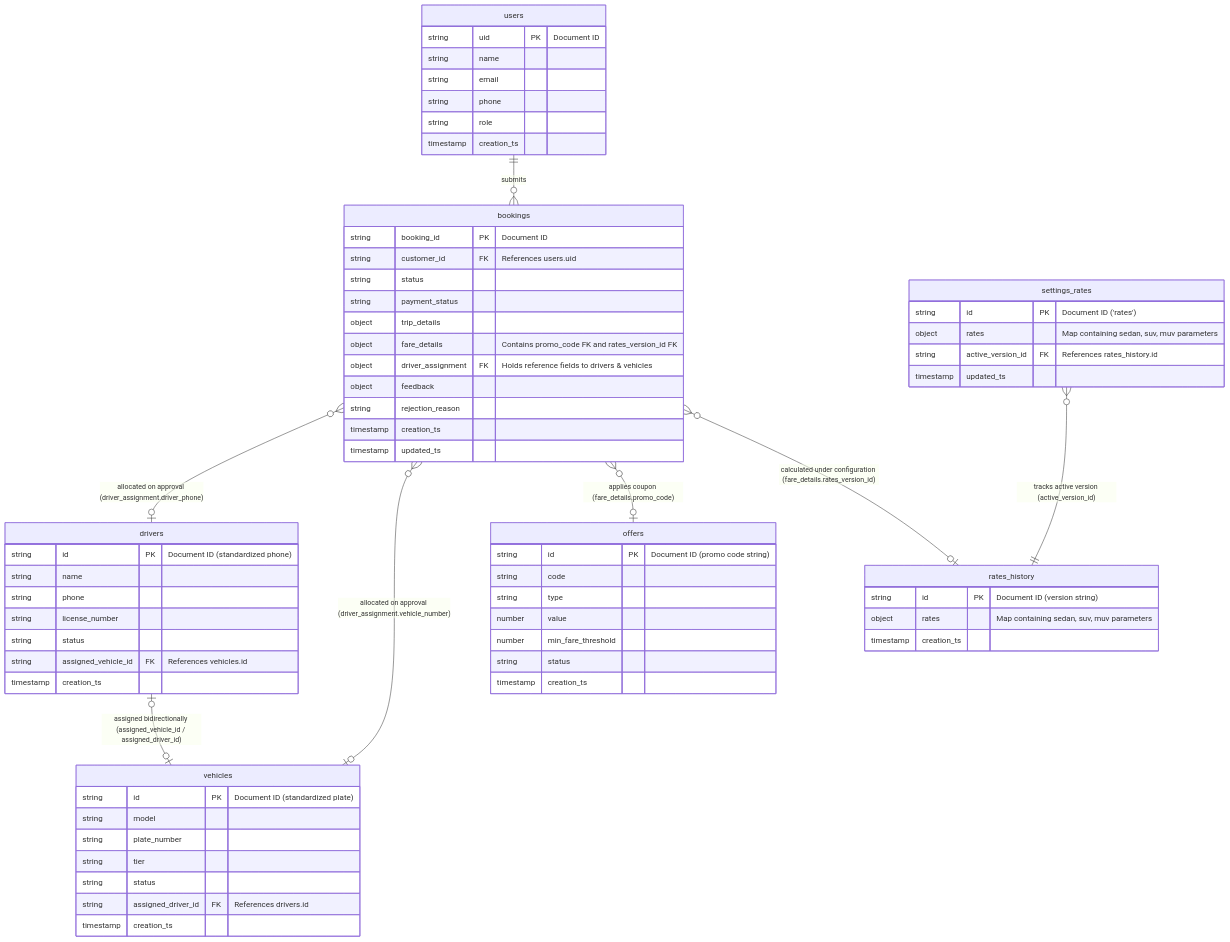
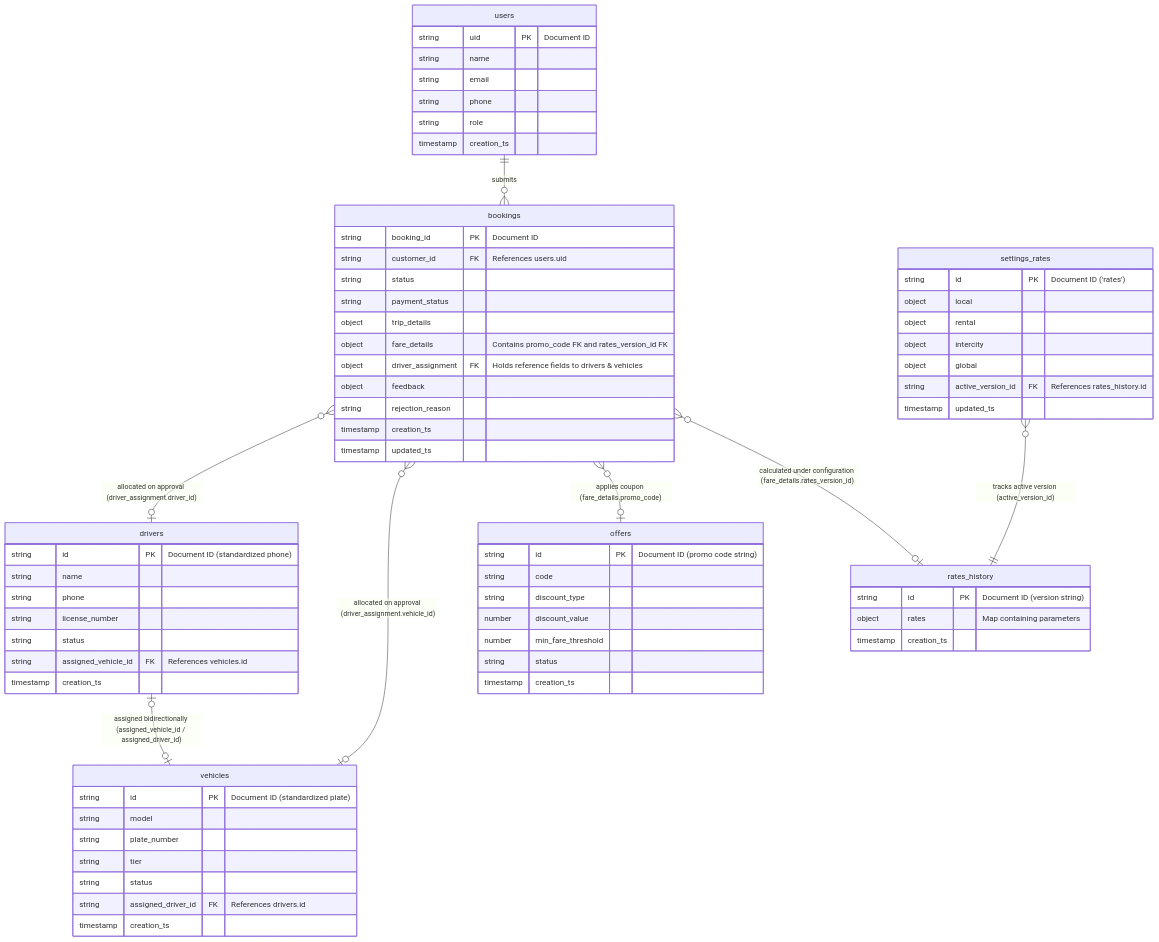
One commit to ishanm03/cab-website-cloud changed the sixth of 6 diagrams in docs/e2e_architecture.md. Above: the diagram before and after it, drawn with Mermaid. The commit also changed other lines of this file and 1 other file, not shown here.

Commit message:
docs: rewrite system e2e architecture and schemas discovery to match new FastAPI hybrid structure

````diff
--- a/docs/e2e_architecture.md
+++ b/docs/e2e_architecture.md
@@ -378,76 +406,79 @@
 ```mermaid
 erDiagram
     users {
         string uid PK "Document ID"
         string name
         string email
         string phone
         string role
         timestamp creation_ts
     }
     
     bookings {
         string booking_id PK "Document ID"
         string customer_id FK "References users.uid"
         string status
         string payment_status
         object trip_details
         object fare_details "Contains promo_code FK and rates_version_id FK"
         object driver_assignment FK "Holds reference fields to drivers & vehicles"
         object feedback
         string rejection_reason
         timestamp creation_ts
         timestamp updated_ts
     }
     
     vehicles {
         string id PK "Document ID (standardized plate)"
         string model
         string plate_number
         string tier
         string status
         string assigned_driver_id FK "References drivers.id"
         timestamp creation_ts
     }
     
     drivers {
         string id PK "Document ID (standardized phone)"
         string name
         string phone
         string license_number
         string status
         string assigned_vehicle_id FK "References vehicles.id"
         timestamp creation_ts
     }
     
     offers {
         string id PK "Document ID (promo code string)"
         string code
-        string type
-        number value
+        string discount_type
+        number discount_value
         number min_fare_threshold
         string status
         timestamp creation_ts
     }
     
     settings_rates {
         string id PK "Document ID ('rates')"
-        object rates "Map containing sedan, suv, muv parameters"
+        object local
+        object rental
+        object intercity
+        object global
         string active_version_id FK "References rates_history.id"
         timestamp updated_ts
     }
     
     rates_history {
         string id PK "Document ID (version string)"
-        object rates "Map containing sedan, suv, muv parameters"
+        object rates "Map containing parameters"
         timestamp creation_ts
     }
 
     users ||--o{ bookings : "submits"
     drivers |o--o| vehicles : "assigned bidirectionally (assigned_vehicle_id / assigned_driver_id)"
-    bookings }o--o| drivers : "allocated on approval (driver_assignment.driver_phone)"
-    bookings }o--o| vehicles : "allocated on approval (driver_assignment.vehicle_number)"
+    bookings }o--o| drivers : "allocated on approval (driver_assignment.driver_id)"
+    bookings }o--o| vehicles : "allocated on approval (driver_assignment.vehicle_id)"
     bookings }o--o| offers : "applies coupon (fare_details.promo_code)"
     bookings }o--o| rates_history : "calculated under configuration (fare_details.rates_version_id)"
     settings_rates }o--|| rates_history : "tracks active version (active_version_id)"
 ```
````
